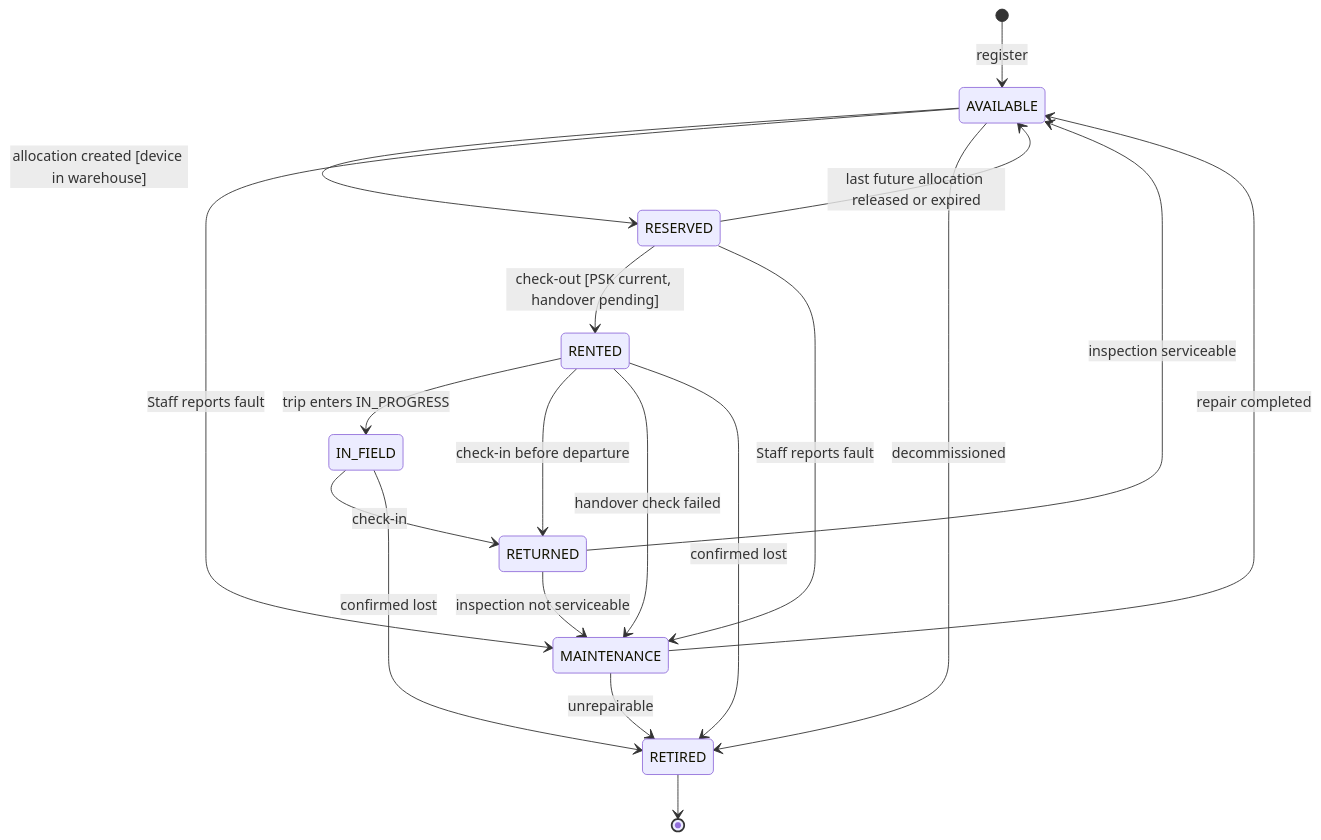
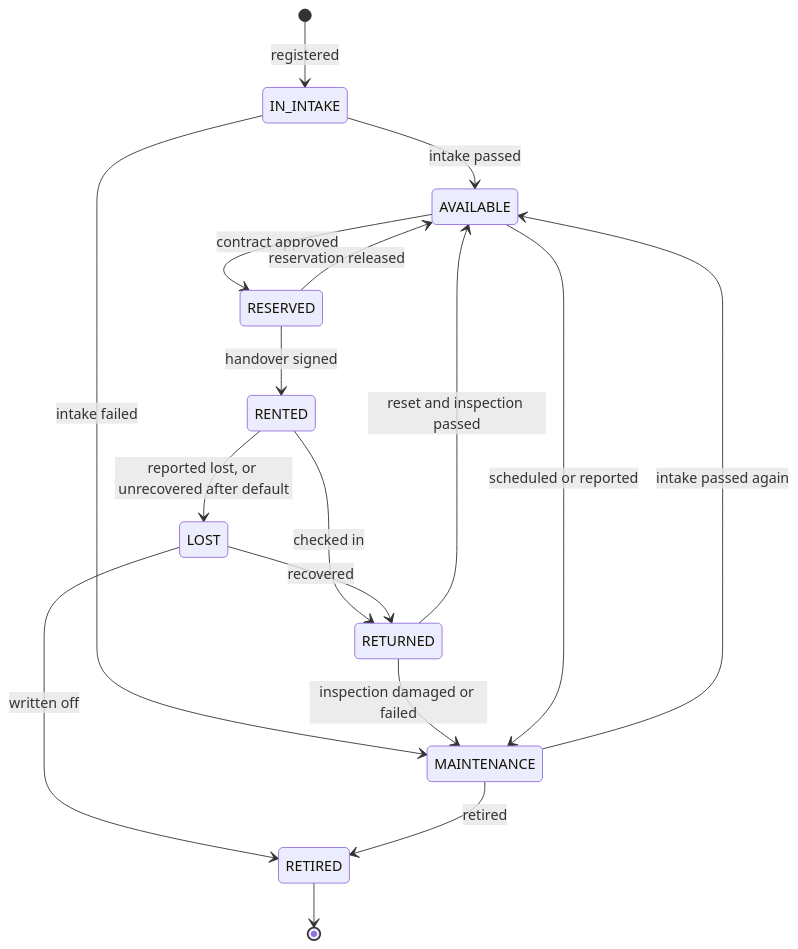
The second of 3 diagrams in specs/devices/design.md (TrekLink-Team/treklink-web), drawn with Mermaid before and after one commit. The commit also changed other lines of this file and 367 other files, not shown here.

First line of the commit message:
docs: rewrite the module specs and schema from the rescoped SRS

````diff
--- a/specs/devices/design.md
+++ b/specs/devices/design.md
@@ -116,21 +41,19 @@
 ```mermaid
 stateDiagram-v2
-    [*] --> AVAILABLE: register
-    AVAILABLE --> RESERVED: allocation created [device in warehouse]
-    RESERVED --> AVAILABLE: last future allocation released or expired
-    RESERVED --> RENTED: check-out [PSK current, handover pending]
-    RENTED --> IN_FIELD: trip enters IN_PROGRESS
-    RENTED --> RETURNED: check-in before departure
-    IN_FIELD --> RETURNED: check-in
-    RETURNED --> AVAILABLE: inspection serviceable
-    RETURNED --> MAINTENANCE: inspection not serviceable
-    RENTED --> MAINTENANCE: handover check failed
-    AVAILABLE --> MAINTENANCE: Staff reports fault
-    RESERVED --> MAINTENANCE: Staff reports fault
-    MAINTENANCE --> AVAILABLE: repair completed
-    MAINTENANCE --> RETIRED: unrepairable
-    AVAILABLE --> RETIRED: decommissioned
-    RENTED --> RETIRED: confirmed lost
-    IN_FIELD --> RETIRED: confirmed lost
+    [*] --> IN_INTAKE : registered
+    IN_INTAKE --> AVAILABLE : intake passed
+    IN_INTAKE --> MAINTENANCE : intake failed
+    AVAILABLE --> RESERVED : contract approved
+    RESERVED --> AVAILABLE : reservation released
+    RESERVED --> RENTED : handover signed
+    RENTED --> RETURNED : checked in
+    RENTED --> LOST : reported lost, or unrecovered after default
+    LOST --> RETURNED : recovered
+    LOST --> RETIRED : written off
+    RETURNED --> AVAILABLE : reset and inspection passed
+    RETURNED --> MAINTENANCE : inspection damaged or failed
+    AVAILABLE --> MAINTENANCE : scheduled or reported
+    MAINTENANCE --> AVAILABLE : intake passed again
+    MAINTENANCE --> RETIRED : retired
     RETIRED --> [*]
 ```
````
